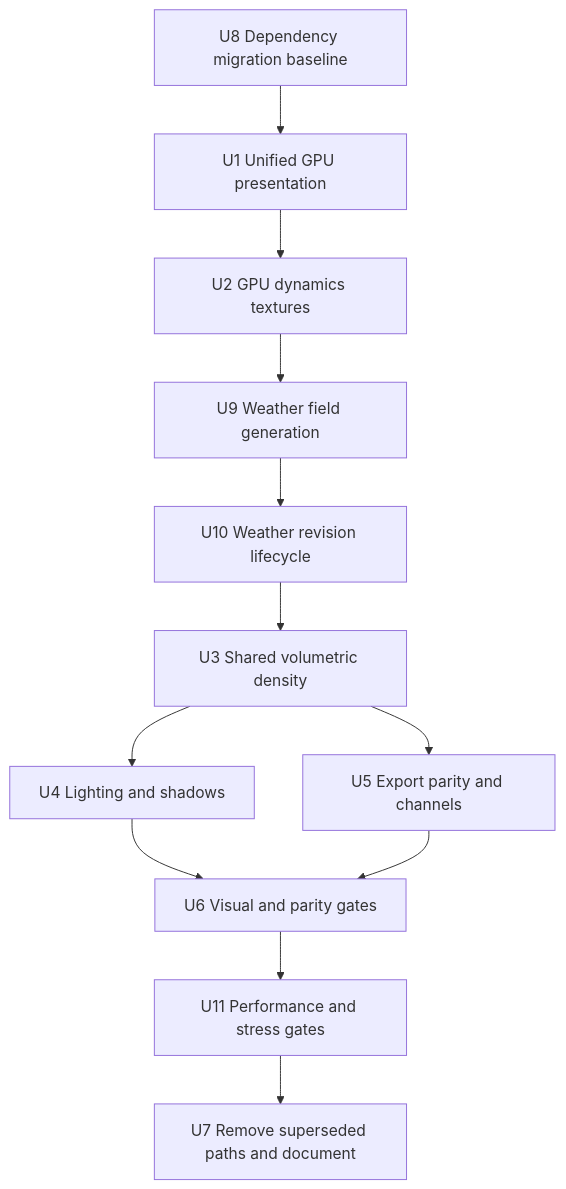
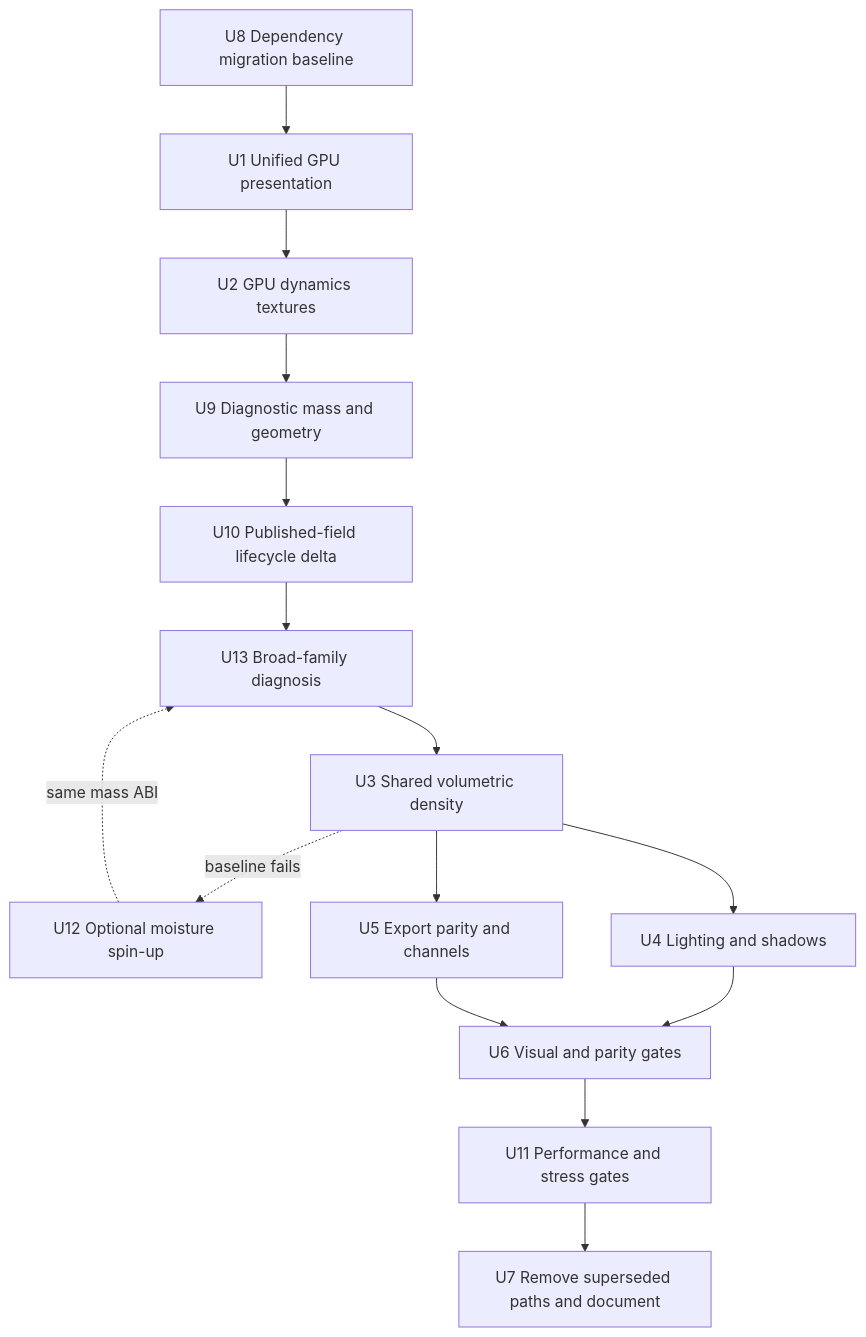
One commit to ra100/planet-gen changed the second of 3 diagrams in docs/plans/2026-07-10-001-feat-shallow-volumetric-clouds-plan.md. Above: the diagram before and after it, drawn with Mermaid. The commit also changed other lines of this file, not shown here.

````diff
--- a/docs/plans/2026-07-10-001-feat-shallow-volumetric-clouds-plan.md
+++ b/docs/plans/2026-07-10-001-feat-shallow-volumetric-clouds-plan.md
@@ -154,14 +242,17 @@
 ```mermaid
 flowchart TB
     U8[U8 Dependency migration baseline] --> U1[U1 Unified GPU presentation]
     U1 --> U2[U2 GPU dynamics textures]
-    U2 --> U9[U9 Weather field generation]
-    U9 --> U10[U10 Weather revision lifecycle]
-    U10 --> U3[U3 Shared volumetric density]
+    U2 --> U9[U9 Diagnostic mass and geometry]
+    U9 --> U10[U10 Published-field lifecycle delta]
+    U10 --> U13[U13 Broad-family diagnosis]
+    U13 --> U3[U3 Shared volumetric density]
+    U3 -. baseline fails .-> U12[U12 Optional moisture spin-up]
+    U12 -. same mass ABI .-> U13
     U3 --> U4[U4 Lighting and shadows]
     U3 --> U5[U5 Export parity and channels]
     U4 --> U6[U6 Visual and parity gates]
     U5 --> U6
     U6 --> U11[U11 Performance and stress gates]
     U11 --> U7[U7 Remove superseded paths and document]
 ```
````
